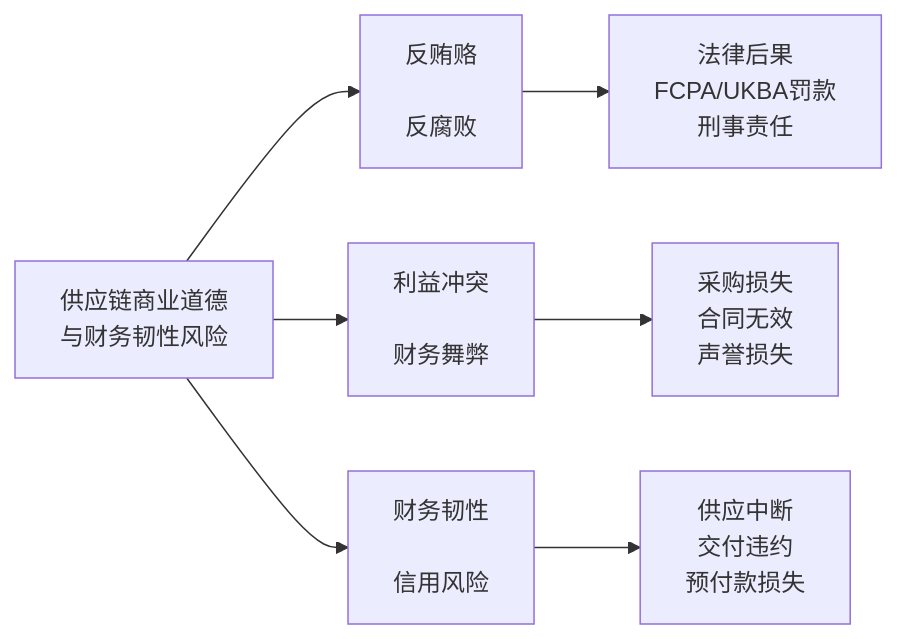
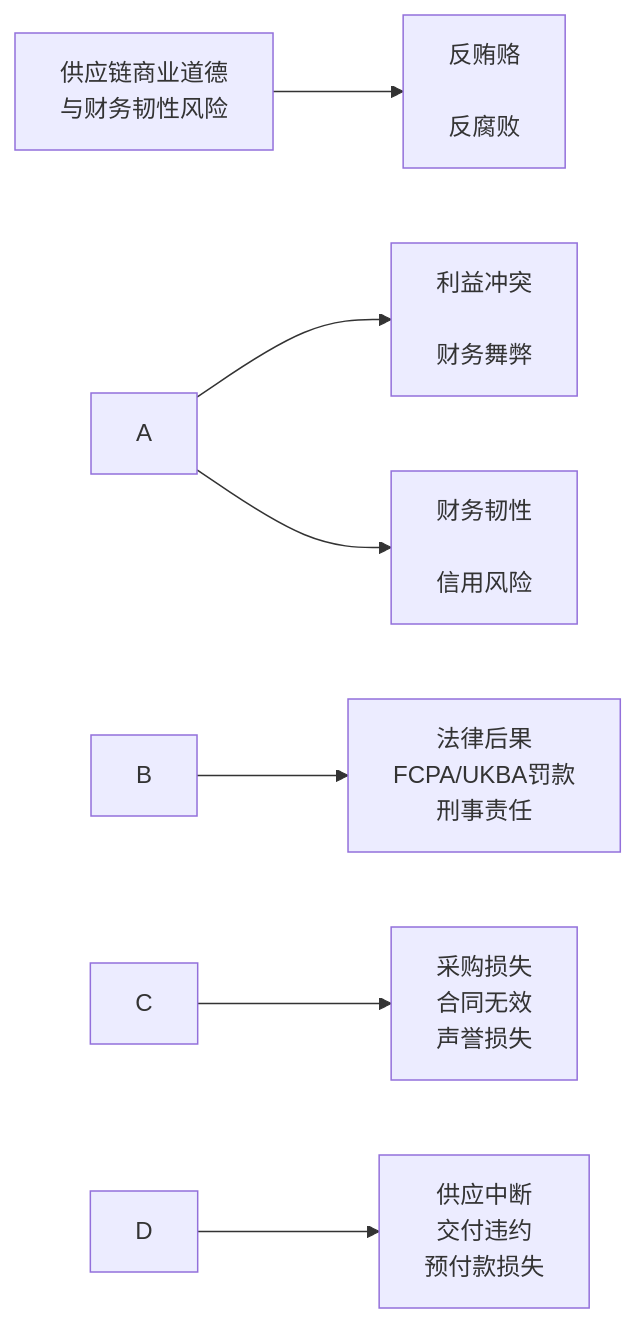
Before and after one commit to ddg-cn/ddg-site: the first of 6 diagrams in docs/zh/ethics-guide.md, drawn with Mermaid. The commit also changed other lines of this file and 13 other files, not shown here.

````diff
--- a/docs/zh/ethics-guide.md
+++ b/docs/zh/ethics-guide.md
@@ -64,9 +65,9 @@
 ```mermaid
 flowchart LR
-    A[供应链商业道德<br/>与财务韧性风险] --> B[反贿赂<br/><br/>反腐败]
-    A --> C[利益冲突<br/><br/>财务舞弊]
-    A --> D[财务韧性<br/><br/>信用风险]
-    B --> B1["法律后果<br/>FCPA/UKBA罚款<br/>刑事责任"]
-    C --> C1["采购损失<br/>合同无效<br/>声誉损失"]
-    D --> D1["供应中断<br/>交付违约<br/>预付款损失"]
+    A\[供应链商业道德<br/>与财务韧性风险] --> B\[反贿赂<br/><br/>反腐败]
+    A --> C\[利益冲突<br/><br/>财务舞弊]
+    A --> D\[财务韧性<br/><br/>信用风险]
+    B --> B1\["法律后果<br/>FCPA/UKBA罚款<br/>刑事责任"]
+    C --> C1\["采购损失<br/>合同无效<br/>声誉损失"]
+    D --> D1\["供应中断<br/>交付违约<br/>预付款损失"]
 ```
````
